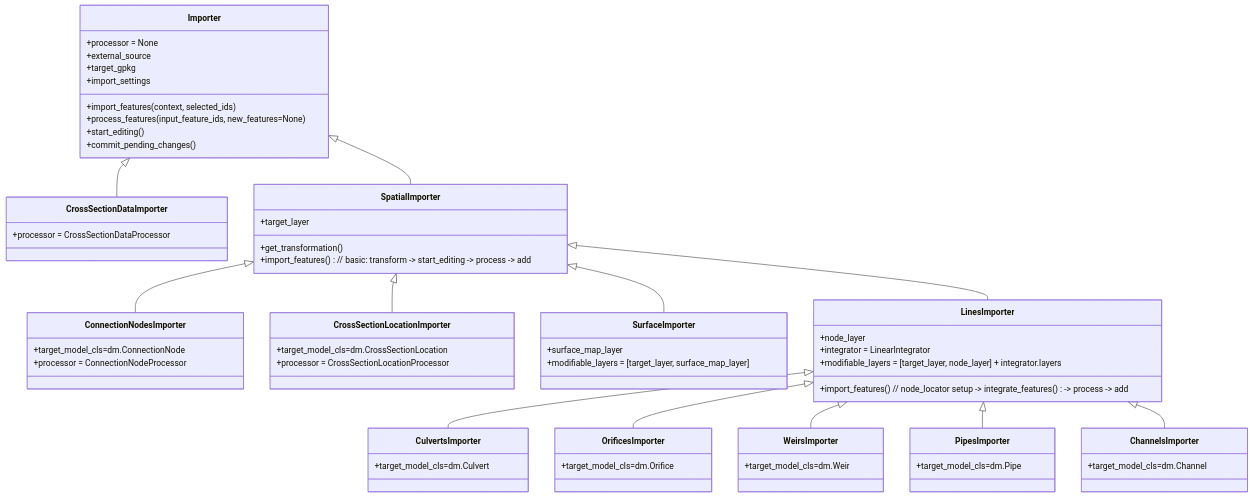
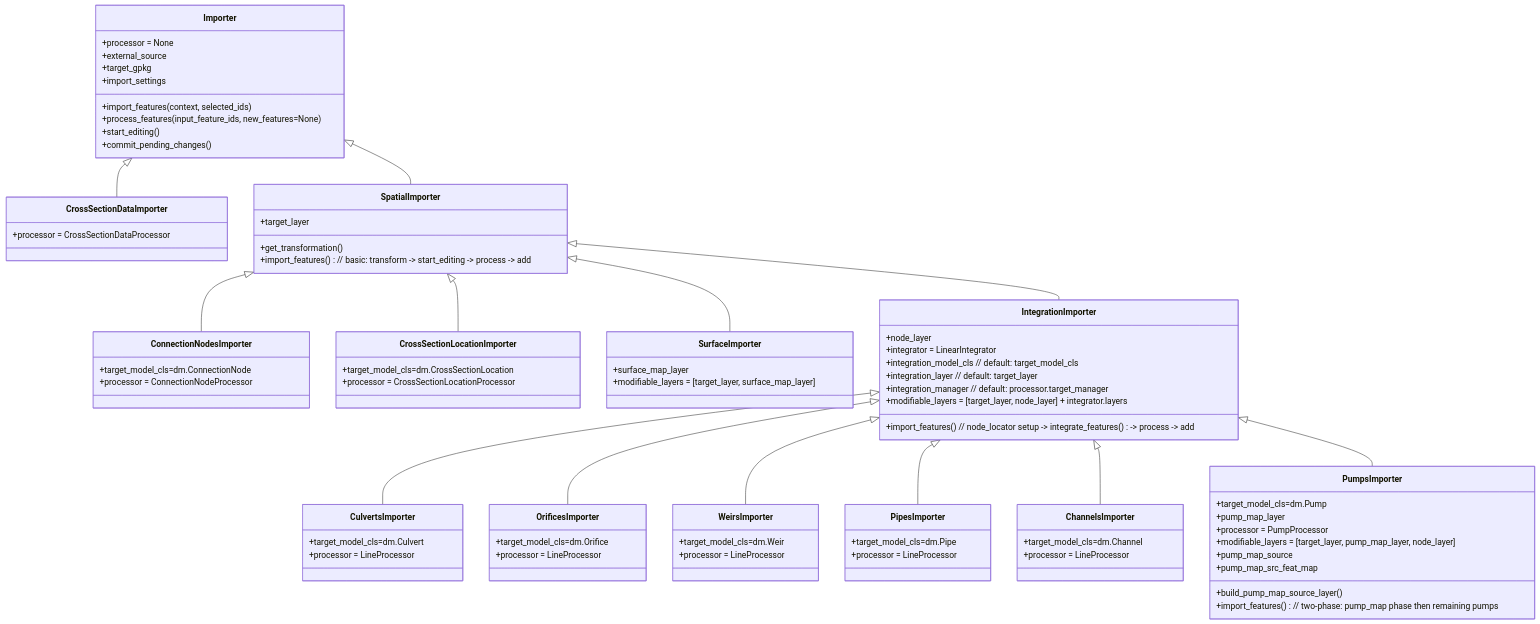
One commit to nens/threedi-schematisation-editor changed the third of 5 diagrams in threedi_schematisation_editor/vector_data_importer/DESIGN.md. Above: the diagram before and after it, drawn with Mermaid. The commit also changed other lines of this file and 25 other files, not shown here.

Commit message:
Add pump import with automatic PumpMap creation (#510)

````diff
--- a/threedi_schematisation_editor/vector_data_importer/DESIGN.md
+++ b/threedi_schematisation_editor/vector_data_importer/DESIGN.md
@@ -124,12 +124,13 @@
     SpatialImporter <|-- ConnectionNodesImporter
     SpatialImporter <|-- CrossSectionLocationImporter
     SpatialImporter <|-- SurfaceImporter
-    SpatialImporter <|-- LinesImporter
-    LinesImporter <|-- CulvertsImporter
-    LinesImporter <|-- OrificesImporter
-    LinesImporter <|-- WeirsImporter
-    LinesImporter <|-- PipesImporter
-    LinesImporter <|-- ChannelsImporter
+    SpatialImporter <|-- IntegrationImporter
+    IntegrationImporter <|-- CulvertsImporter
+    IntegrationImporter <|-- OrificesImporter
+    IntegrationImporter <|-- WeirsImporter
+    IntegrationImporter <|-- PipesImporter
+    IntegrationImporter <|-- ChannelsImporter
+    IntegrationImporter <|-- PumpsImporter
 
     class Importer {
         +processor = None
@@ -167,31 +168,50 @@
         +modifiable_layers = [target_layer, surface_map_layer]
     }
 
-    class LinesImporter {
+    class IntegrationImporter {
         +node_layer
         +integrator = LinearIntegrator
+        +integration_model_cls  // default: target_model_cls
+        +integration_layer      // default: target_layer
+        +integration_manager    // default: processor.target_manager
         +modifiable_layers = [target_layer, node_layer] + integrator.layers
         +import_features() // node_locator setup -> integrate_features() -> process -> add
     }
 
     class CulvertsImporter {
         +target_model_cls=dm.Culvert
+        +processor = LineProcessor
     }
 
     class OrificesImporter {
         +target_model_cls=dm.Orifice
+        +processor = LineProcessor
     }
     
     class WeirsImporter {
         +target_model_cls=dm.Weir
+        +processor = LineProcessor
     }
     
     class PipesImporter {
         +target_model_cls=dm.Pipe
+        +processor = LineProcessor
     }    
     
     class ChannelsImporter {
         +target_model_cls=dm.Channel
-    }        
+        +processor = LineProcessor
+    }
+
+    class PumpsImporter {
+        +target_model_cls=dm.Pump
+        +pump_map_layer
+        +processor = PumpProcessor
+        +modifiable_layers = [target_layer, pump_map_layer, node_layer]
+        +pump_map_source
+        +pump_map_src_feat_map
+        +build_pump_map_source_layer()
+        +import_features() // two-phase: pump_map phase then remaining pumps
+    }
 
 ```
````
